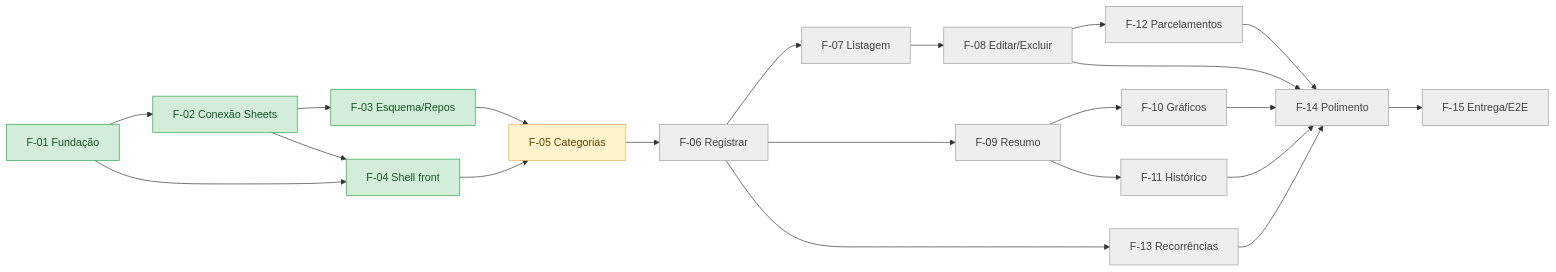
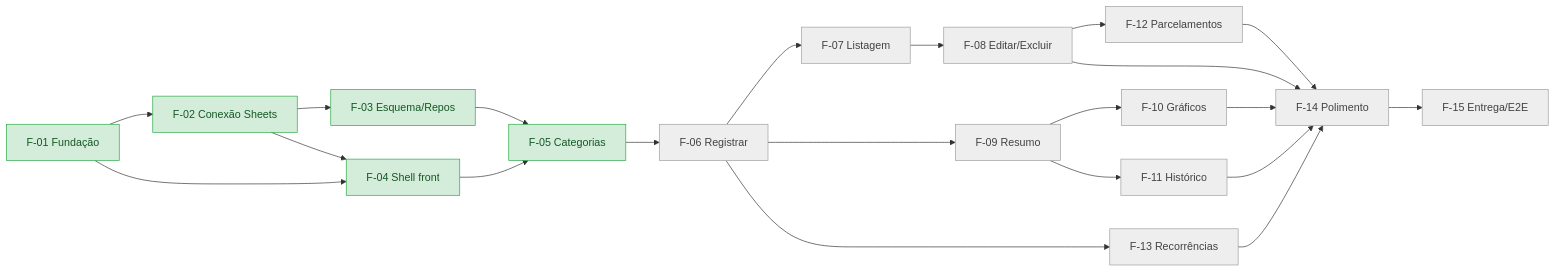
The diagram in SPECS/05-acompanhamento.md (Pedrohcs/PlanilhaFinanceira), drawn with Mermaid before and after one commit. The commit also changed other lines of this file and 24 other files, not shown here.

````diff
--- a/SPECS/05-acompanhamento.md
+++ b/SPECS/05-acompanhamento.md
@@ -64,24 +64,23 @@
 ```mermaid
 flowchart LR
     F01[F-01 Fundação] --> F02[F-02 Conexão Sheets] --> F03[F-03 Esquema/Repos]
     F01 --> F04[F-04 Shell front]
     F02 --> F04
     F03 --> F05[F-05 Categorias]
     F04 --> F05
     F05 --> F06[F-06 Registrar]
     F06 --> F07[F-07 Listagem] --> F08[F-08 Editar/Excluir]
     F06 --> F09[F-09 Resumo]
     F09 --> F10[F-10 Gráficos]
     F09 --> F11[F-11 Histórico]
     F08 --> F12[F-12 Parcelamentos]
     F06 --> F13[F-13 Recorrências]
     F08 & F10 & F11 & F12 & F13 --> F14[F-14 Polimento]
     F14 --> F15[F-15 Entrega/E2E]
 
     classDef naoIniciada fill:#eeeeee,stroke:#9e9e9e,color:#424242;
     classDef iniciada fill:#fff3cd,stroke:#f0ad4e,color:#5c4400;
     classDef concluida fill:#d4edda,stroke:#28a745,color:#155724;
     class F06,F07,F08,F09,F10,F11,F12,F13,F14,F15 naoIniciada;
-    class F05 iniciada;
-    class F01,F02,F03,F04 concluida;
+    class F01,F02,F03,F04,F05 concluida;
 ```
````
